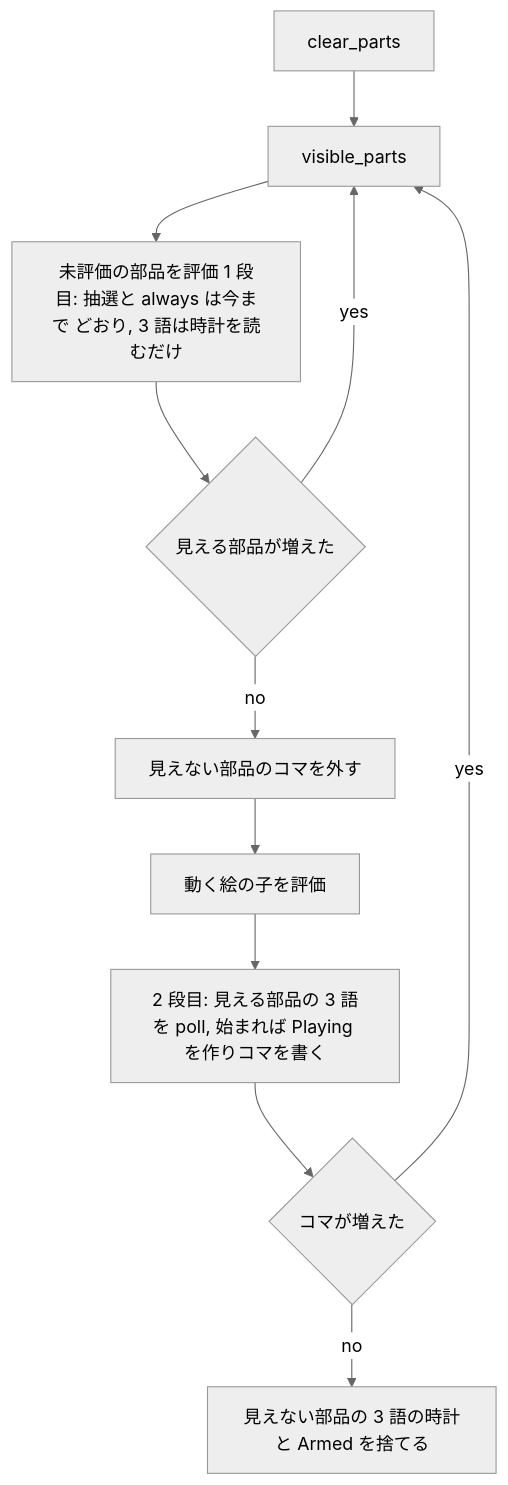
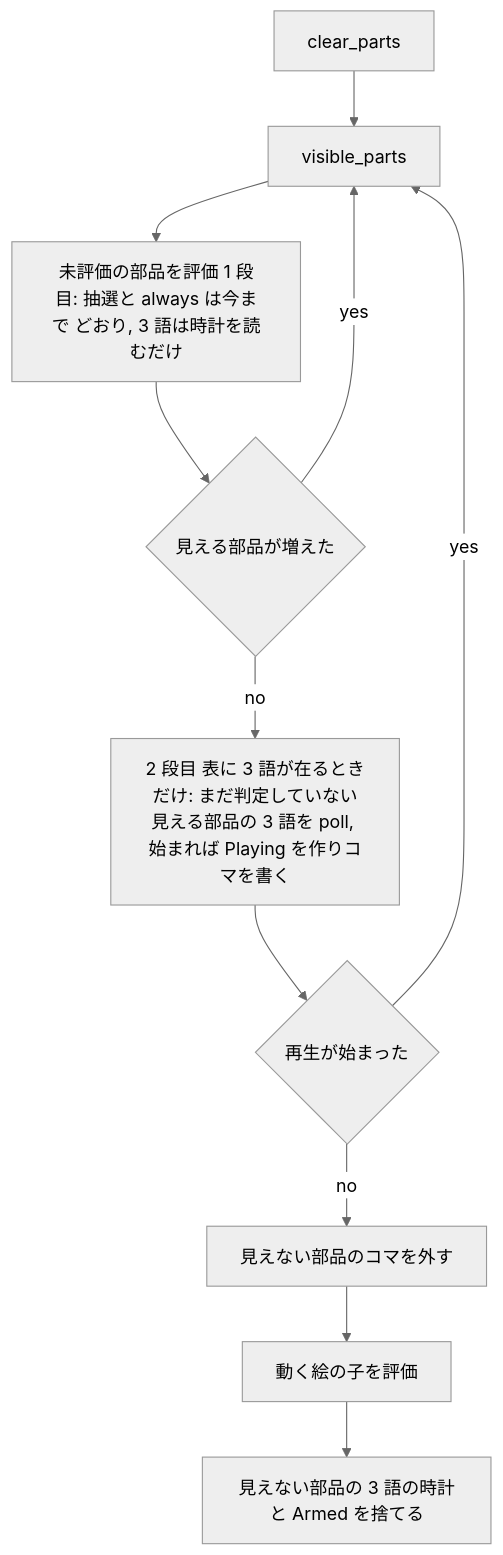
One commit to ekicyou/areka changed the fourth of 4 diagrams in .kiro/specs/areka-P0-seriko-trigger-intervals/design.md. Above: the diagram before and after it, drawn with Mermaid (neutral theme). The commit also changed other lines of this file and 10 other files, not shown here.

````diff
--- a/.kiro/specs/areka-P0-seriko-trigger-intervals/design.md
+++ b/.kiro/specs/areka-P0-seriko-trigger-intervals/design.md
@@ -257,13 +258,13 @@
 ```mermaid
 flowchart TD
     Clear[clear_parts] --> Visible[visible_parts]
     Visible --> Eval[未評価の部品を評価 1 段目: 抽選と always は今まで どおり, 3 語は時計を読むだけ]
     Eval --> More{見える部品が増えた}
     More -- yes --> Visible
-    More -- no --> Prune[見えない部品のコマを外す]
+    More -- no --> Arm[2 段目 表に 3 語が在るときだけ: まだ判定していない見える部品の 3 語を poll, 始まれば Playing を作りコマを書く]
+    Arm --> Started{再生が始まった}
+    Started -- yes --> Visible
+    Started -- no --> Prune[見えない部品のコマを外す]
     Prune --> Films[動く絵の子を評価]
-    Films --> Arm[2 段目: 見える部品の 3 語を poll, 始まれば Playing を作りコマを書く]
-    Arm --> Changed{コマが増えた}
-    Changed -- yes --> Visible
-    Changed -- no --> Drop[見えない部品の 3 語の時計と Armed を捨てる]
+    Films --> Drop[見えない部品の 3 語の時計と Armed を捨てる]
 ```
````
